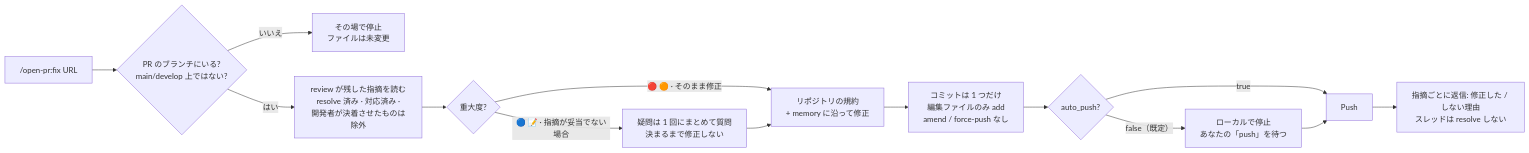
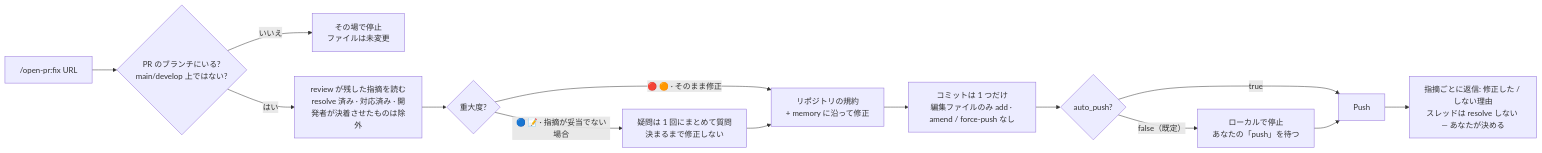
The second of 2 diagrams in docs/ja/how-it-works.md (TOMOSIA-VIETNAM/open-pr), drawn with Mermaid before and after one commit. The commit also changed other lines of this file and 24 other files, not shown here.

````diff
--- a/docs/ja/how-it-works.md
+++ b/docs/ja/how-it-works.md
@@ -33,16 +35,16 @@
 ```mermaid
 flowchart LR
   A["/open-pr:fix URL"] --> B{"PR のブランチにいる?<br/>main/develop 上ではない?"}
   B -- いいえ --> C["その場で停止<br/>ファイルは未変更"]
-  B -- はい --> D["review が残した指摘を読む<br/>resolve 済み · 対応済み ·<br/>開発者が決着させたものは除外"]
+  B -- はい --> D["review が残した指摘を読む<br/>resolve 済み · 対応済み · 開発者が決着させたものは除外"]
   D --> E{重大度?}
   E -- "🔴 🟠 · そのまま修正" --> F["リポジトリの規約<br/>+ memory に沿って修正"]
   E -- "🔵 📝 · 指摘が妥当でない場合" --> G["疑問は 1 回にまとめて質問<br/>決まるまで修正しない"]
   G --> F
-  F --> H["コミットは 1 つだけ<br/>編集ファイルのみ add<br/>amend / force-push なし"]
+  F --> H["コミットは 1 つだけ<br/>編集ファイルのみ add · amend / force-push なし"]
   H --> I{auto_push?}
   I -- "false（既定）" --> J["ローカルで停止<br/>あなたの「push」を待つ"]
   I -- true --> K[Push]
   J --> K
-  K --> L["指摘ごとに返信: 修正した / しない理由<br/>スレッドは resolve しない"]
+  K --> L["指摘ごとに返信: 修正した / しない理由<br/>スレッドは resolve しない — あなたが決める"]
 ```
````
